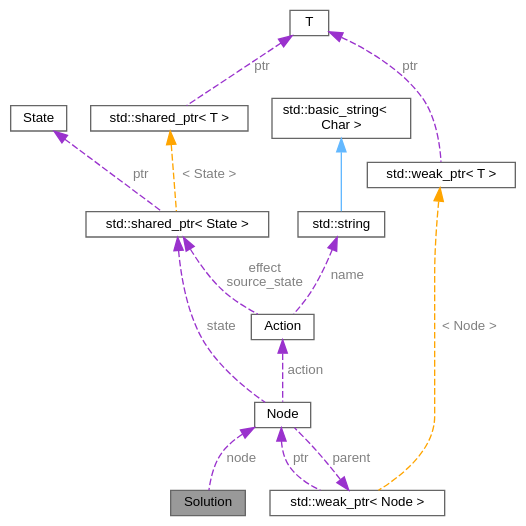
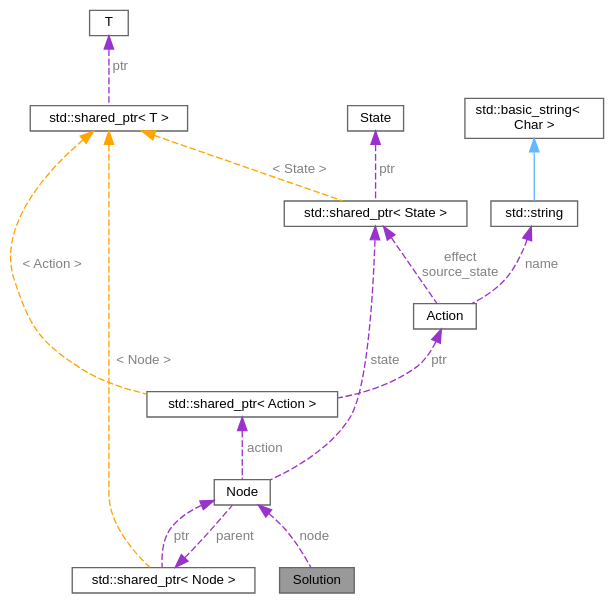
Before and after one commit to velocitatem/Symphony: the diagram in classSolution__coll__graph.dot, drawn with Graphviz. The commit also changed 53 other files, not shown here.

```diff
--- a/classSolution__coll__graph.dot
+++ b/classSolution__coll__graph.dot
@@ -1,32 +1,33 @@
 digraph "Solution"
 {
  // INTERACTIVE_SVG=YES
  // LATEX_PDF_SIZE
   bgcolor="transparent";
   edge [fontname=Helvetica,fontsize=10,labelfontname=Helvetica,labelfontsize=10];
   node [fontname=Helvetica,fontsize=10,shape=box,height=0.2,width=0.4];
   Node1 [id="Node000001",label="Solution",height=0.2,width=0.4,color="gray40", fillcolor="grey60", style="filled", fontcolor="black",tooltip=" "];
   Node2 -> Node1 [id="edge1_Node000001_Node000002",dir="back",color="darkorchid3",style="dashed",tooltip=" ",label=" node",fontcolor="grey" ];
   Node2 [id="Node000002",label="Node",height=0.2,width=0.4,color="gray40", fillcolor="white", style="filled",URL="$classNode.html",tooltip=" "];
   Node3 -> Node2 [id="edge2_Node000002_Node000003",dir="back",color="darkorchid3",style="dashed",tooltip=" ",label=" parent",fontcolor="grey" ];
-  Node3 [id="Node000003",label="std::weak_ptr\< Node \>",height=0.2,width=0.4,color="gray40", fillcolor="white", style="filled",tooltip=" "];
+  Node3 [id="Node000003",label="std::shared_ptr\< Node \>",height=0.2,width=0.4,color="gray40", fillcolor="white", style="filled",tooltip=" "];
   Node2 -> Node3 [id="edge3_Node000003_Node000002",dir="back",color="darkorchid3",style="dashed",tooltip=" ",label=" ptr",fontcolor="grey" ];
   Node4 -> Node3 [id="edge4_Node000003_Node000004",dir="back",color="orange",style="dashed",tooltip=" ",label=" \< Node \>",fontcolor="grey" ];
-  Node4 [id="Node000004",label="std::weak_ptr\< T \>",height=0.2,width=0.4,color="gray40", fillcolor="white", style="filled",tooltip=" "];
+  Node4 [id="Node000004",label="std::shared_ptr\< T \>",height=0.2,width=0.4,color="gray40", fillcolor="white", style="filled",tooltip=" "];
   Node5 -> Node4 [id="edge5_Node000004_Node000005",dir="back",color="darkorchid3",style="dashed",tooltip=" ",label=" ptr",fontcolor="grey" ];
   Node5 [id="Node000005",label="T",height=0.2,width=0.4,color="gray40", fillcolor="white", style="filled",tooltip=" "];
   Node6 -> Node2 [id="edge6_Node000002_Node000006",dir="back",color="darkorchid3",style="dashed",tooltip=" ",label=" state",fontcolor="grey" ];
   Node6 [id="Node000006",label="std::shared_ptr\< State \>",height=0.2,width=0.4,color="gray40", fillcolor="white", style="filled",tooltip=" "];
   Node7 -> Node6 [id="edge7_Node000006_Node000007",dir="back",color="darkorchid3",style="dashed",tooltip=" ",label=" ptr",fontcolor="grey" ];
   Node7 [id="Node000007",label="State",height=0.2,width=0.4,color="gray40", fillcolor="white", style="filled",URL="$classState.html",tooltip="Represents an abstract state in a problem."];
-  Node8 -> Node6 [id="edge8_Node000006_Node000008",dir="back",color="orange",style="dashed",tooltip=" ",label=" \< State \>",fontcolor="grey" ];
-  Node8 [id="Node000008",label="std::shared_ptr\< T \>",height=0.2,width=0.4,color="gray40", fillcolor="white", style="filled",tooltip=" "];
-  Node5 -> Node8 [id="edge9_Node000008_Node000005",dir="back",color="darkorchid3",style="dashed",tooltip=" ",label=" ptr",fontcolor="grey" ];
-  Node9 -> Node2 [id="edge10_Node000002_Node000009",dir="back",color="darkorchid3",style="dashed",tooltip=" ",label=" action",fontcolor="grey" ];
+  Node4 -> Node6 [id="edge8_Node000006_Node000004",dir="back",color="orange",style="dashed",tooltip=" ",label=" \< State \>",fontcolor="grey" ];
+  Node8 -> Node2 [id="edge9_Node000002_Node000008",dir="back",color="darkorchid3",style="dashed",tooltip=" ",label=" action",fontcolor="grey" ];
+  Node8 [id="Node000008",label="std::shared_ptr\< Action \>",height=0.2,width=0.4,color="gray40", fillcolor="white", style="filled",tooltip=" "];
+  Node9 -> Node8 [id="edge10_Node000008_Node000009",dir="back",color="darkorchid3",style="dashed",tooltip=" ",label=" ptr",fontcolor="grey" ];
   Node9 [id="Node000009",label="Action",height=0.2,width=0.4,color="gray40", fillcolor="white", style="filled",URL="$classAction.html",tooltip="Represents an abstract action that can be performed on a state."];
   Node10 -> Node9 [id="edge11_Node000009_Node000010",dir="back",color="darkorchid3",style="dashed",tooltip=" ",label=" name",fontcolor="grey" ];
   Node10 [id="Node000010",label="std::string",height=0.2,width=0.4,color="gray40", fillcolor="white", style="filled",tooltip=" "];
   Node11 -> Node10 [id="edge12_Node000010_Node000011",dir="back",color="steelblue1",style="solid",tooltip=" "];
   Node11 [id="Node000011",label="std::basic_string\<\l Char \>",height=0.2,width=0.4,color="gray40", fillcolor="white", style="filled",tooltip=" "];
   Node6 -> Node9 [id="edge13_Node000009_Node000006",dir="back",color="darkorchid3",style="dashed",tooltip=" ",label=" effect\nsource_state",fontcolor="grey" ];
+  Node4 -> Node8 [id="edge14_Node000008_Node000004",dir="back",color="orange",style="dashed",tooltip=" ",label=" \< Action \>",fontcolor="grey" ];
 }
```
